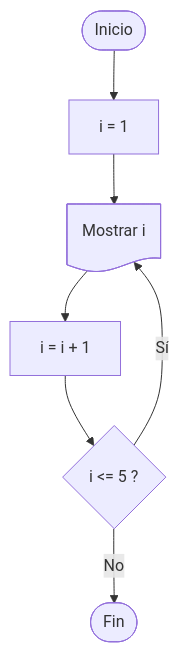
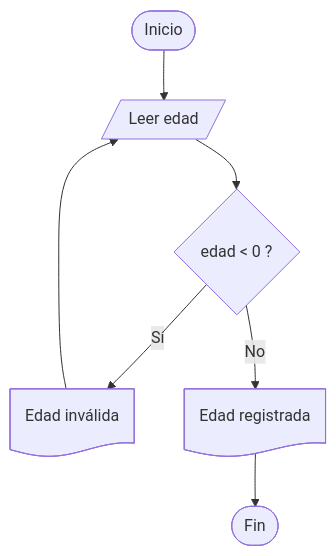
Diagram 14 of 15 in Tema04_Control/1-instrucciones_control.md (Abel-DB/Algoritmos-programacion), drawn with Mermaid before and after one commit. The commit also changed other lines of this file, not shown here.

````diff
--- a/Tema04_Control/1-instrucciones_control.md
+++ b/Tema04_Control/1-instrucciones_control.md
@@ -277,19 +338,20 @@
 ```mermaid
 flowchart TD
 
 A([Inicio])
 
-B@{ shape: rect, label: "i = 1" }
+B@{ shape: lean-r, label: "Leer edad" }
 
-C@{ shape: doc, label: "Mostrar i" }
+C@{ shape: diamond, label: "edad < 0 ?" }
 
-D@{ shape: rect, label: "i = i + 1" }
+D@{ shape: doc, label: "Edad inválida" }
 
-E@{ shape: diamond, label: "i <= 5 ?" }
+E@{ shape: doc, label: "Edad registrada" }
 
 F([Fin])
 
-A --> B --> C --> D --> E
-E -->|Sí| C
-E -->|No| F
+A --> B --> C
+
+C -->|Sí| D --> B
+C -->|No| E --> F
 ```
````
